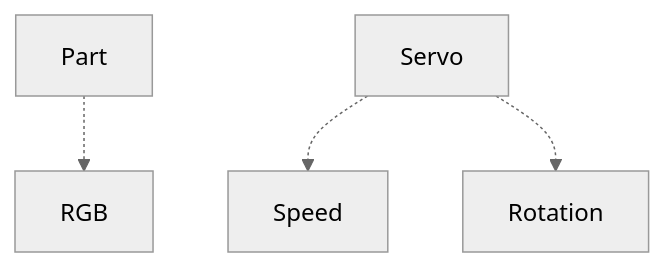
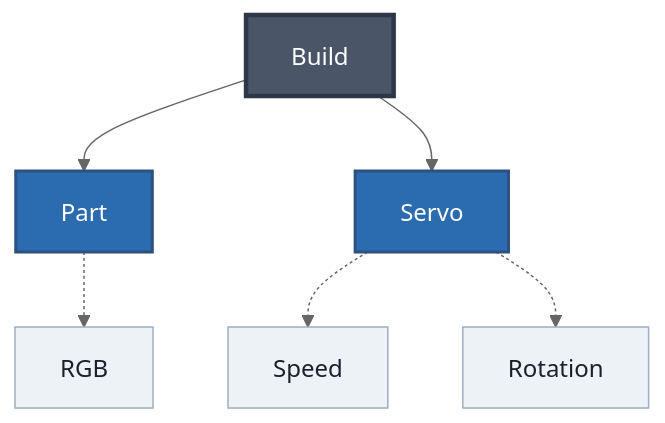
Before and after one commit to JuanCrakYT/RtG-Format: the ninth of 12 diagrams in SPECIFICATION.md, drawn with Mermaid (neutral theme). The commit also changed other lines of this file and 1 other file, not shown here.

Commit message:
Starting Mermaid

````diff
--- a/SPECIFICATION.md
+++ b/SPECIFICATION.md
@@ -488,6 +569,17 @@
 ```mermaid
 flowchart TD
-    OBJ1["Part"] -.-> RGB["RGB"]
-    OBJ2["Servo"] -.-> D["Speed"]
+    BUILD["Build"] --> OBJ1["Part"]
+    BUILD --> OBJ2["Servo"]
+
+    OBJ1 -.-> RGB["RGB"]
+    OBJ2 -.-> D["Speed"]
     OBJ2 -.-> F["Rotation"]
+
+    classDef root fill:#4a5568,color:#fff,stroke:#2d3748,stroke-width:3px;
+    classDef branch fill:#2b6cb0,color:#fff,stroke:#2c5282,stroke-width:2px;
+    classDef detail fill:#edf2f7,color:#1a202c,stroke:#a0aec0;
+
+    class BUILD root;
+    class OBJ1,OBJ2 branch;
+    class RGB,D,F detail;
 ```
````
